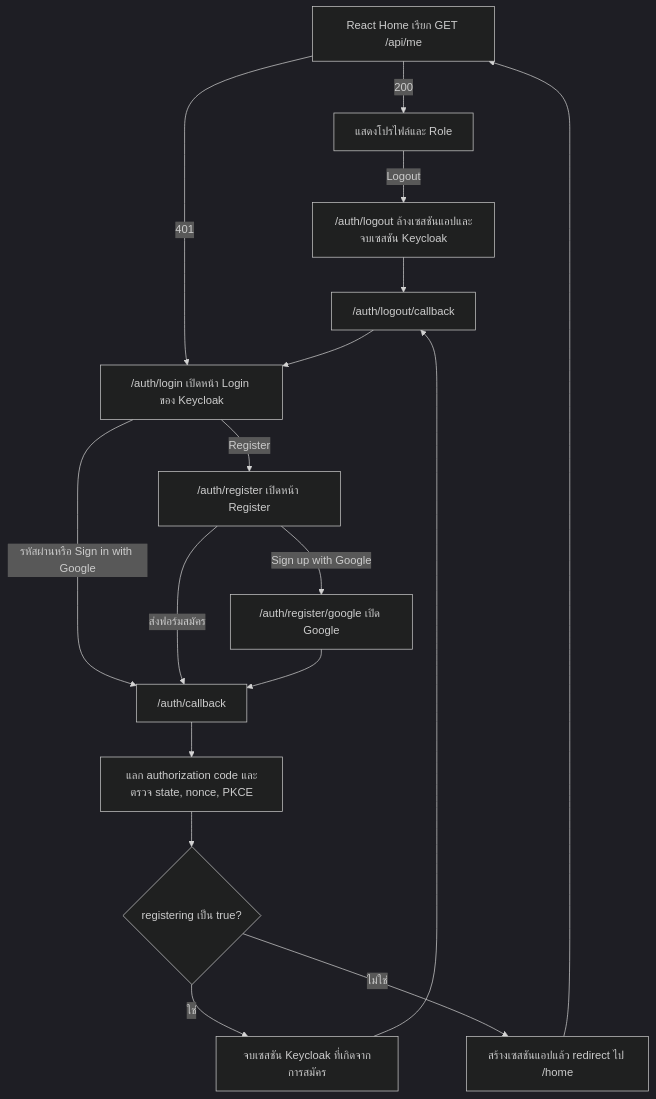
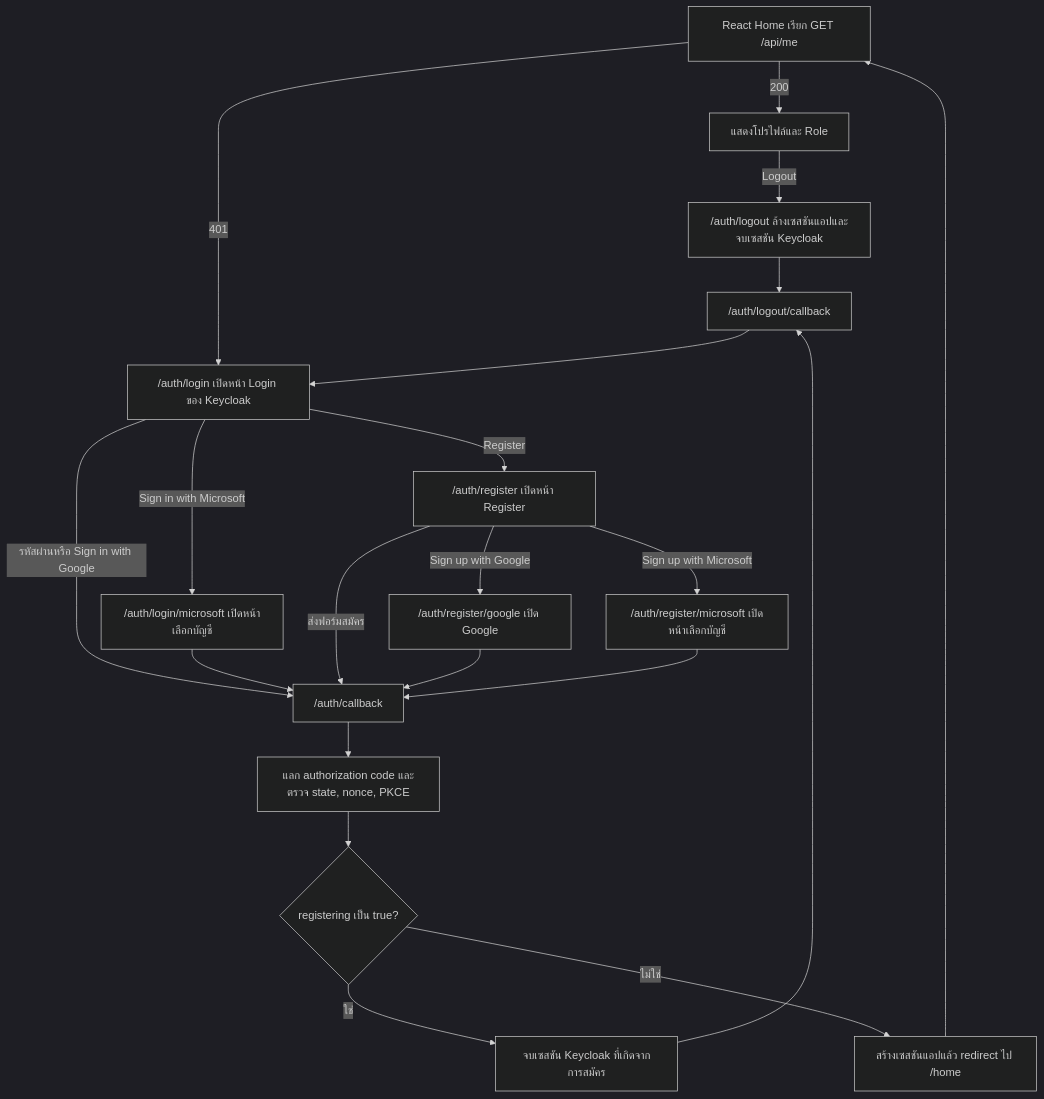
One commit to tanawatsa-tle/keycloak-auth-project changed the second of 2 diagrams in Readme.md. Above: the diagram before and after it, drawn with Mermaid (dark theme). The commit also changed other lines of this file, not shown here.

Commit message:
loginAureflow

````diff
--- a/Readme.md
+++ b/Readme.md
@@ -38,20 +40,24 @@
 ```mermaid
 flowchart TD
     Home["React Home เรียก GET /api/me"]
     Home -->|"200"| Profile["แสดงโปรไฟล์และ Role"]
     Home -->|"401"| Login["/auth/login เปิดหน้า Login ของ Keycloak"]
     Login -->|"รหัสผ่านหรือ Sign in with Google"| Callback["/auth/callback"]
+    Login -->|"Sign in with Microsoft"| MicrosoftLogin["/auth/login/microsoft เปิดหน้าเลือกบัญชี"]
+    MicrosoftLogin --> Callback
     Login -->|"Register"| Register["/auth/register เปิดหน้า Register"]
     Register -->|"ส่งฟอร์มสมัคร"| Callback
     Register -->|"Sign up with Google"| Google["/auth/register/google เปิด Google"]
     Google --> Callback
+    Register -->|"Sign up with Microsoft"| MicrosoftRegister["/auth/register/microsoft เปิดหน้าเลือกบัญชี"]
+    MicrosoftRegister --> Callback
     Callback --> Verify["แลก authorization code และตรวจ state, nonce, PKCE"]
     Verify --> Intent{"registering เป็น true?"}
     Intent -->|"ใช่"| End["จบเซสชัน Keycloak ที่เกิดจากการสมัคร"]
     Intent -->|"ไม่ใช่"| Save["สร้างเซสชันแอปแล้ว redirect ไป /home"]
     Save --> Home
     Profile -->|"Logout"| Logout["/auth/logout ล้างเซสชันแอปและจบเซสชัน Keycloak"]
     End --> Return["/auth/logout/callback"]
     Logout --> Return
     Return --> Login
 ```
````
